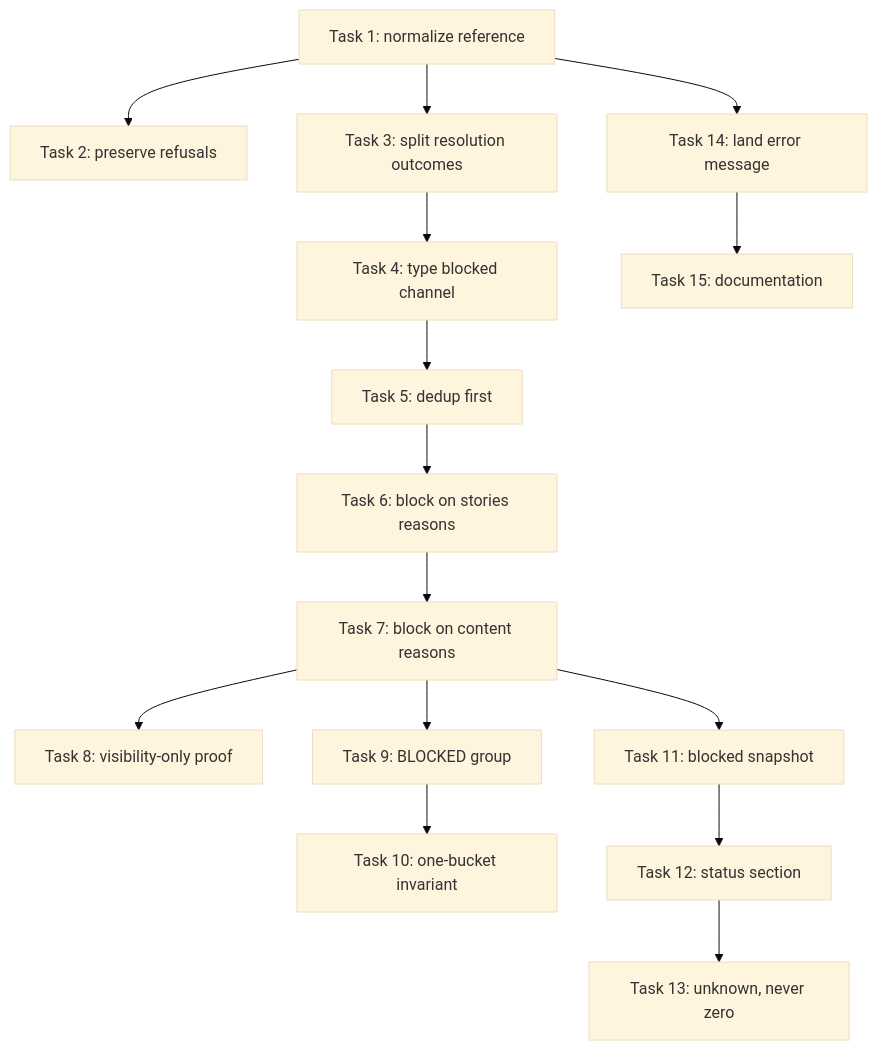
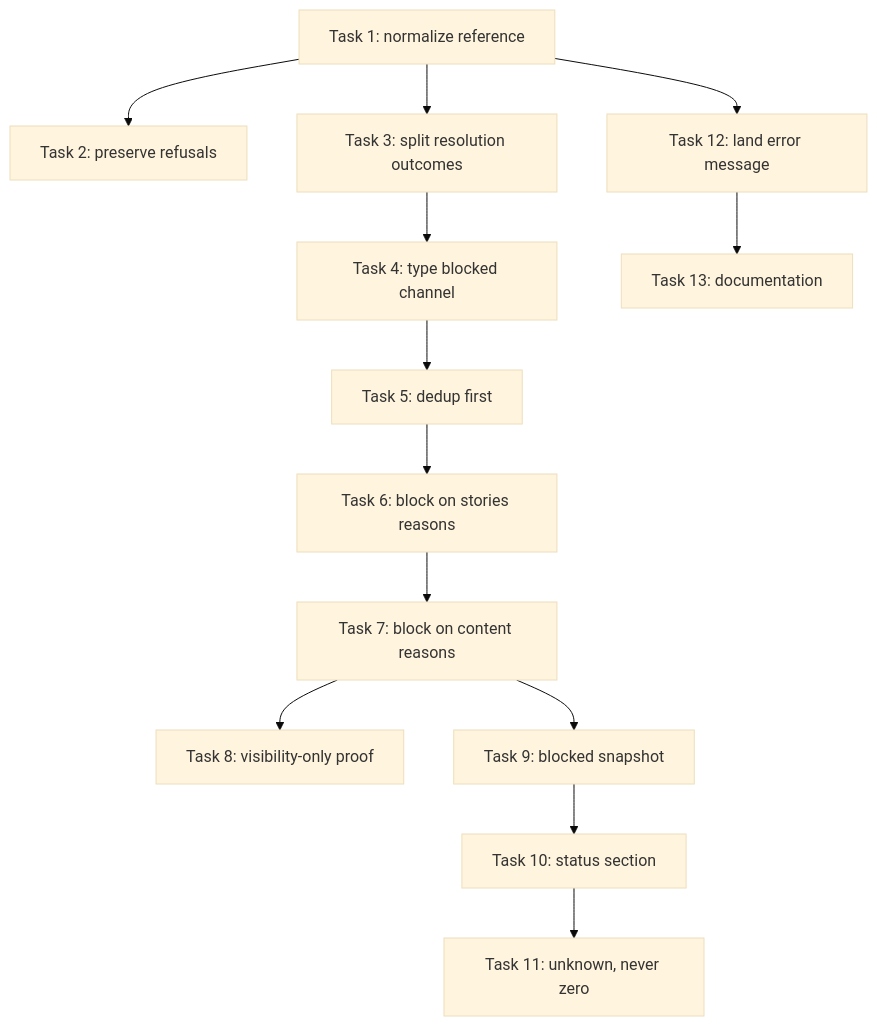
The diagram in .docs/plans/annotated-stories-line-makes-a-merged-spec-silentl.md (jstoup111/ai-conductor), drawn with Mermaid (base theme) before and after one commit. The commit also changed other lines of this file and 8 other files, not shown here.

````diff
--- a/.docs/plans/annotated-stories-line-makes-a-merged-spec-silentl.md
+++ b/.docs/plans/annotated-stories-line-makes-a-merged-spec-silentl.md
@@ -397,17 +359,15 @@
 ```mermaid
 graph TD
   T1[Task 1: normalize reference] --> T2[Task 2: preserve refusals]
   T1 --> T3[Task 3: split resolution outcomes]
-  T1 --> T14[Task 14: land error message]
+  T1 --> T12[Task 12: land error message]
   T3 --> T4[Task 4: type blocked channel]
   T4 --> T5[Task 5: dedup first]
   T5 --> T6[Task 6: block on stories reasons]
   T6 --> T7[Task 7: block on content reasons]
   T7 --> T8[Task 8: visibility-only proof]
-  T7 --> T9[Task 9: BLOCKED group]
-  T9 --> T10[Task 10: one-bucket invariant]
-  T7 --> T11[Task 11: blocked snapshot]
-  T11 --> T12[Task 12: status section]
-  T12 --> T13[Task 13: unknown, never zero]
-  T14 --> T15[Task 15: documentation]
+  T7 --> T9[Task 9: blocked snapshot]
+  T9 --> T10[Task 10: status section]
+  T10 --> T11[Task 11: unknown, never zero]
+  T12 --> T13[Task 13: documentation]
 ```
````
